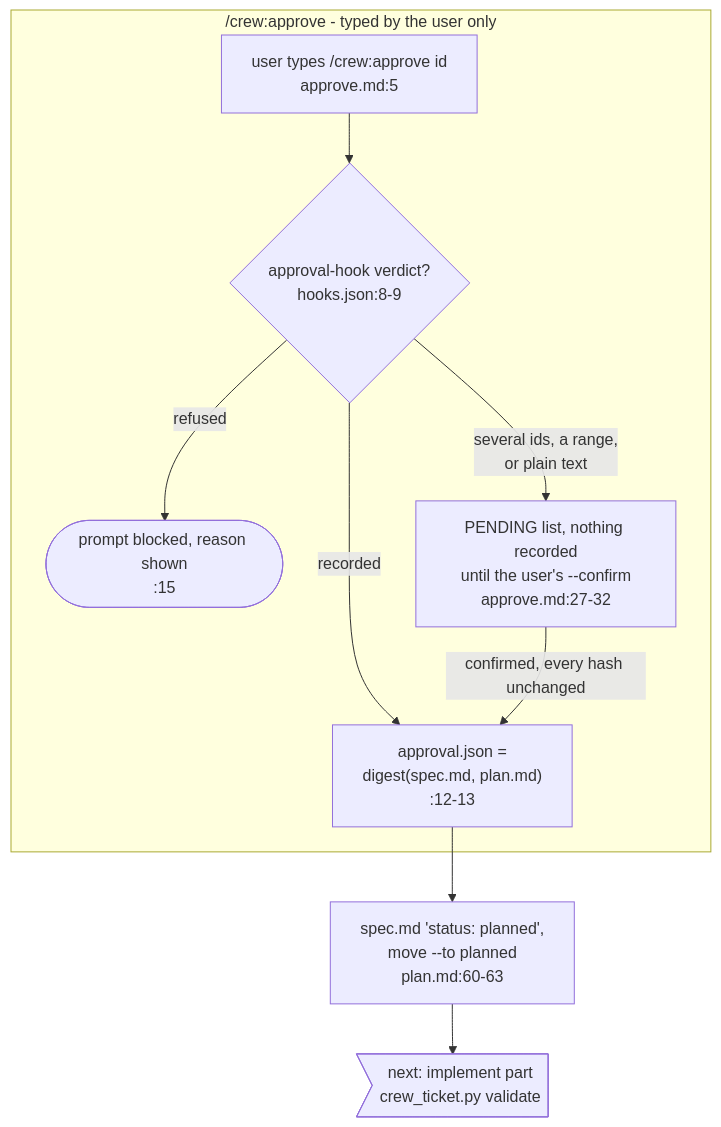
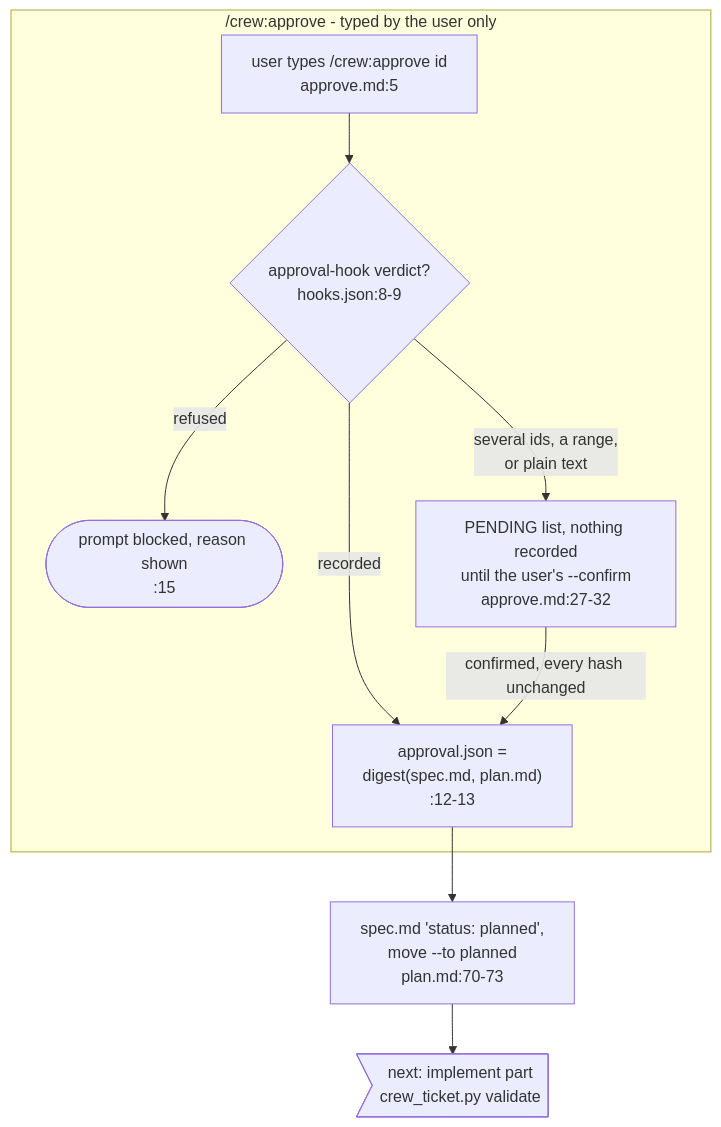
The diagram in docs/diagrams/process-crew-lifecycle-approve.mmd (mbadali25/useful-claude-add-ons), drawn with Mermaid before and after one commit. The commit also changed 29 other files, not shown here.

First line of the commit message:
L-0850: docs and artifact refresh (codemap, rules, diagrams, graph, README and SECURITY.md for the 36 to 16 hooks.json change); docs/refresh only, no code (owner waiver 2026-10-20)

```diff
--- a/docs/diagrams/process-crew-lifecycle-approve.mmd
+++ b/docs/diagrams/process-crew-lifecycle-approve.mmd
@@ -1,34 +1,35 @@
-%% Generated from useful-claude-add-ons@f808e5f0 on 2026-10-03. Verify before trusting.
+%% Generated from useful-claude-add-ons@c1d365d7 on 2026-10-20. Verify before trusting.
 %% Anchors: plugin/crew/commands/approve.md, plugin/crew/commands/plan.md, plugin/crew/hooks/hooks.json, plugin/crew/hooks/scripts/crew_ticket.py, plugin/crew/hooks/scripts/crew_tracker.py
 %% Purpose: How /crew:approve, typed by the user only, records or refuses a plan approval through the approval hook, including the group-approval path, and how the ticket then moves to planned.
 %% Embed: none
 %% One part of the crew lifecycle; process-crew-lifecycle.mmd is the overview and keeps the re-anchor history.
 %% Arrow-shaped nodes ("next:" / "back:" / "again:") stand for a node drawn in the named part.
 %% --
 %% Every node cites the command file's own line; files are named repo-relative
 %% here and by basename in the nodes (all under plugin/crew/commands/ unless
 %% named otherwise):
 %%   plugin/crew/commands/approve.md:5 disable-model-invocation; :9 the
 %%     UserPromptSubmit approval_hook decides before the model reads anything;
 %%     :12-13 recorded -> approval.json bound to the digest of spec.md AND plan.md;
 %%     :15 refused -> prompt blocked. Hook registered at
 %%     plugin/crew/hooks/hooks.json:8-9 (UserPromptSubmit launcher; crew_hook.py runs approval-hook.sh).
 %% --
 %% Note ap0: approve.md:5 disable-model-invocation
 %% Note ap1: approval-hook (UserPromptSubmit) hooks.json:8-9; approve.md:9
 %% Note ap2: header status value normalised; approved_via user-prompt
 %% Note apg: user's own /crew:approve --confirm records one receipt per ticket, or none
 %% Note planned: spec.md header 'status: planned' keeps the approval, crew_tracker.py move --to
 %%    planned
 flowchart TB
     subgraph approve["/crew:approve - typed by the user only"]
         ap0["user types /crew:approve id<br/>approve.md:5"]
         ap0 --> ap1{"approval-hook verdict?<br/>hooks.json:8-9"}
         ap1 -- refused --> apx([prompt blocked, reason shown<br/>:15])
         ap1 -- recorded --> ap2["approval.json =<br/>digest(spec.md, plan.md)<br/>:12-13"]
         ap1 -- "several ids, a range,<br/>or plain text" --> apg["PENDING list, nothing recorded<br/>until the user's --confirm<br/>approve.md:27-32"]
         apg -- "confirmed, every hash unchanged" --> ap2
     end
 
-    ap2 --> planned["spec.md 'status: planned',<br/>move --to planned<br/>plan.md:60-63"]
+    ap2 --> planned["spec.md 'status: planned',<br/>move --to planned<br/>plan.md:70-73"]
     planned --> to_im0>"next: implement part<br/>crew_ticket.py validate"]
+%% Re-anchored f808e5f0 -> c1d365d7 (L-0850, crew 1.2.58): of the Anchors paths hooks.json, plan.md, crew_ticket.py and crew_tracker.py changed. hooks.json:8-9 still holds (UserPromptSubmit, one launcher per shell; crew_hook.py TABLE :70 runs approval-hook.sh). plan.md gained ten lines at :44, so the status-planned citation moved plan.md:60-63 -> :70-73 (re-read). No node cites a line in crew_ticket.py or crew_tracker.py. No node or edge changed.
```
